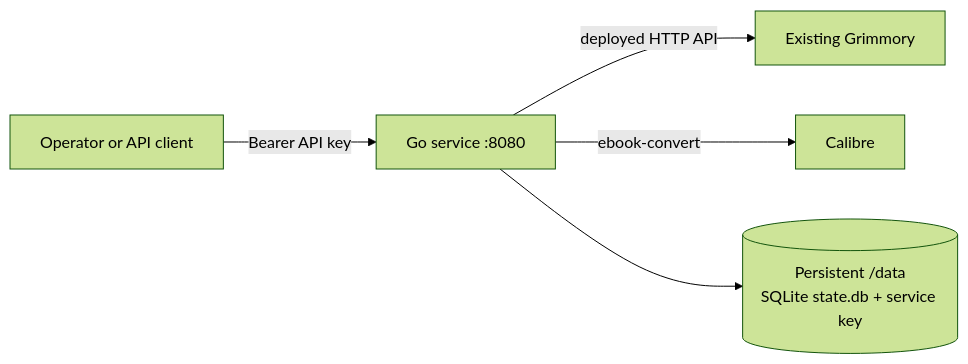
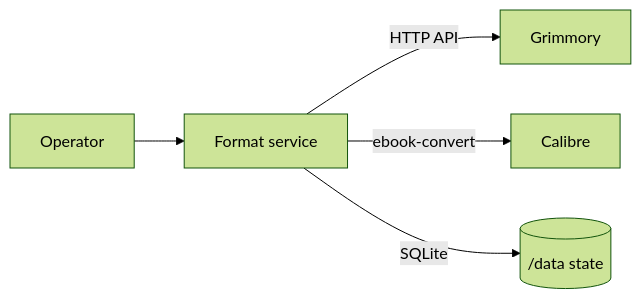
One commit to dawidgora/grimmory-format-automation changed the diagram in README.md. Above: the diagram before and after it, drawn with Mermaid (forest theme). The commit also changed other lines of this file, not shown here.

````diff
--- a/README.md
+++ b/README.md
@@ -12,7 +9,7 @@
 ```mermaid
 flowchart LR
-    Client[Operator or API client] -->|Bearer API key| Service[Go service :8080]
-    Service -->|deployed HTTP API| Grimmory[Existing Grimmory]
+    Operator[Operator] --> Service[Format service]
+    Service -->|HTTP API| Grimmory[Grimmory]
     Service -->|ebook-convert| Calibre[Calibre]
-    Service --> State[(Persistent /data\nSQLite state.db + service key)]
+    Service -->|SQLite| State[( /data state)]
 ```
````
